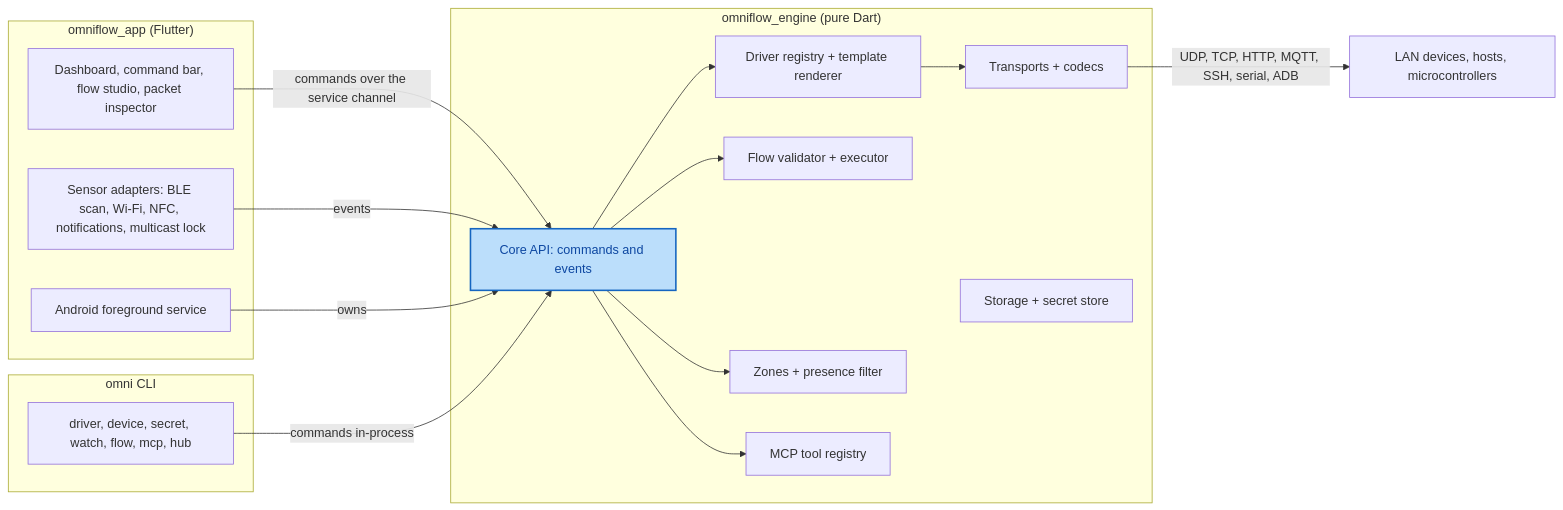
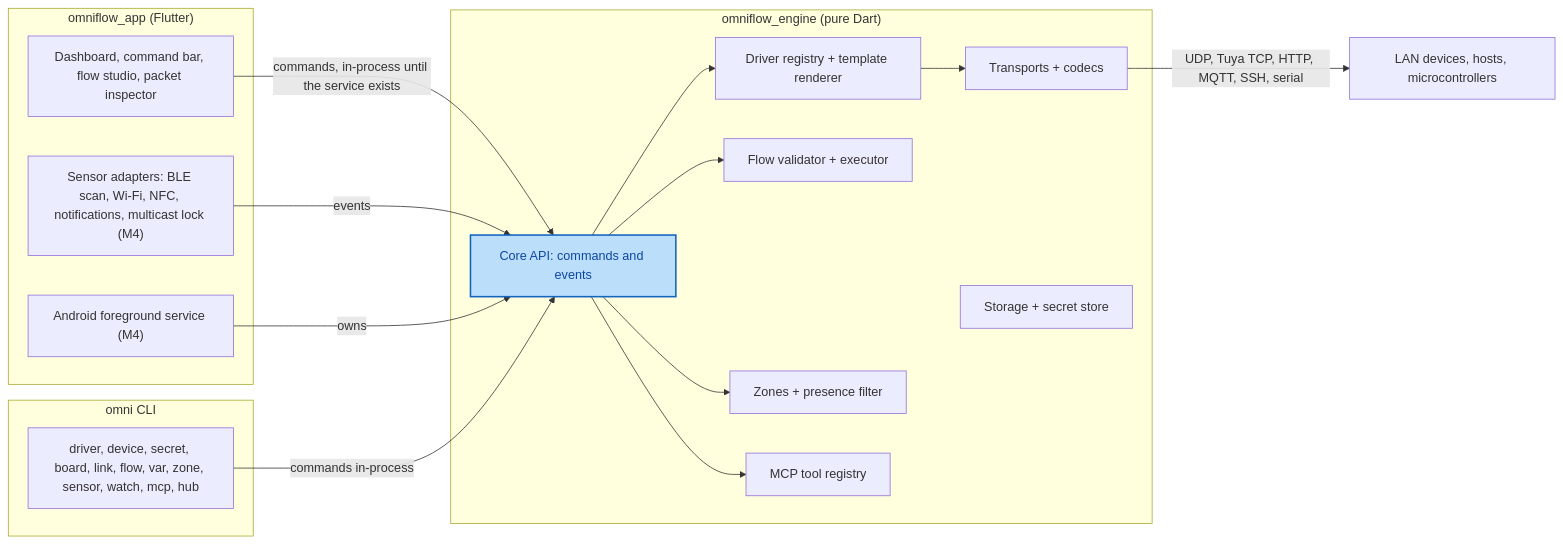
Before and after one commit to jashnimje/omni-flow: the diagram in docs/DESIGN.md, drawn with Mermaid. The commit also changed other lines of this file and 98 other files, not shown here.

First line of the commit message:
Add MQTT drivers and harden boards, trust and the app

````diff
--- a/docs/DESIGN.md
+++ b/docs/DESIGN.md
@@ -26,31 +26,31 @@
 ```mermaid
 flowchart LR
   subgraph app["omniflow_app (Flutter)"]
     ui["Dashboard, command bar, flow studio, packet inspector"]
-    sensors["Sensor adapters: BLE scan, Wi-Fi, NFC, notifications, multicast lock"]
-    svc["Android foreground service"]
+    sensors["Sensor adapters: BLE scan, Wi-Fi, NFC, notifications, multicast lock (M4)"]
+    svc["Android foreground service (M4)"]
   end
   subgraph engine["omniflow_engine (pure Dart)"]
     api["Core API: commands and events"]
     drivers["Driver registry + template renderer"]
     transports["Transports + codecs"]
     dag["Flow validator + executor"]
     presence["Zones + presence filter"]
     store["Storage + secret store"]
     mcp["MCP tool registry"]
   end
   subgraph cli["omni CLI"]
-    cmds["driver, device, secret, watch, flow, mcp, hub"]
+    cmds["driver, device, secret, board, link, flow, var, zone, sensor, watch, mcp, hub"]
   end
   devices["LAN devices, hosts, microcontrollers"]
-  ui -- "commands over the service channel" --> api
+  ui -- "commands, in-process until the service exists" --> api
   sensors -- "events" --> api
   svc -- "owns" --> api
   cmds -- "commands in-process" --> api
-  api --> drivers --> transports -- "UDP, TCP, HTTP, MQTT, SSH, serial, ADB" --> devices
+  api --> drivers --> transports -- "UDP, Tuya TCP, HTTP, MQTT, SSH, serial" --> devices
   api --> dag
   api --> presence
   api --> mcp
   classDef new fill:#bbdefb,stroke:#1565c0,color:#0d47a1,stroke-width:2px
   class api new
 ```
````
